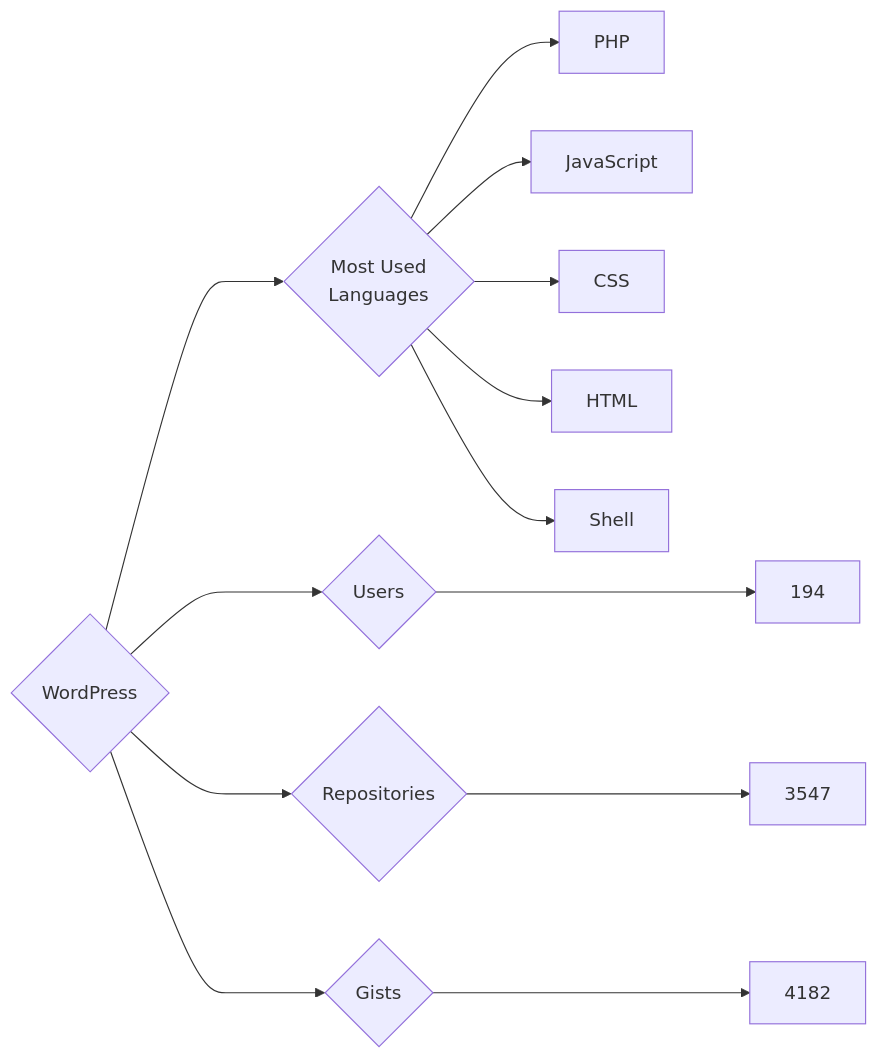
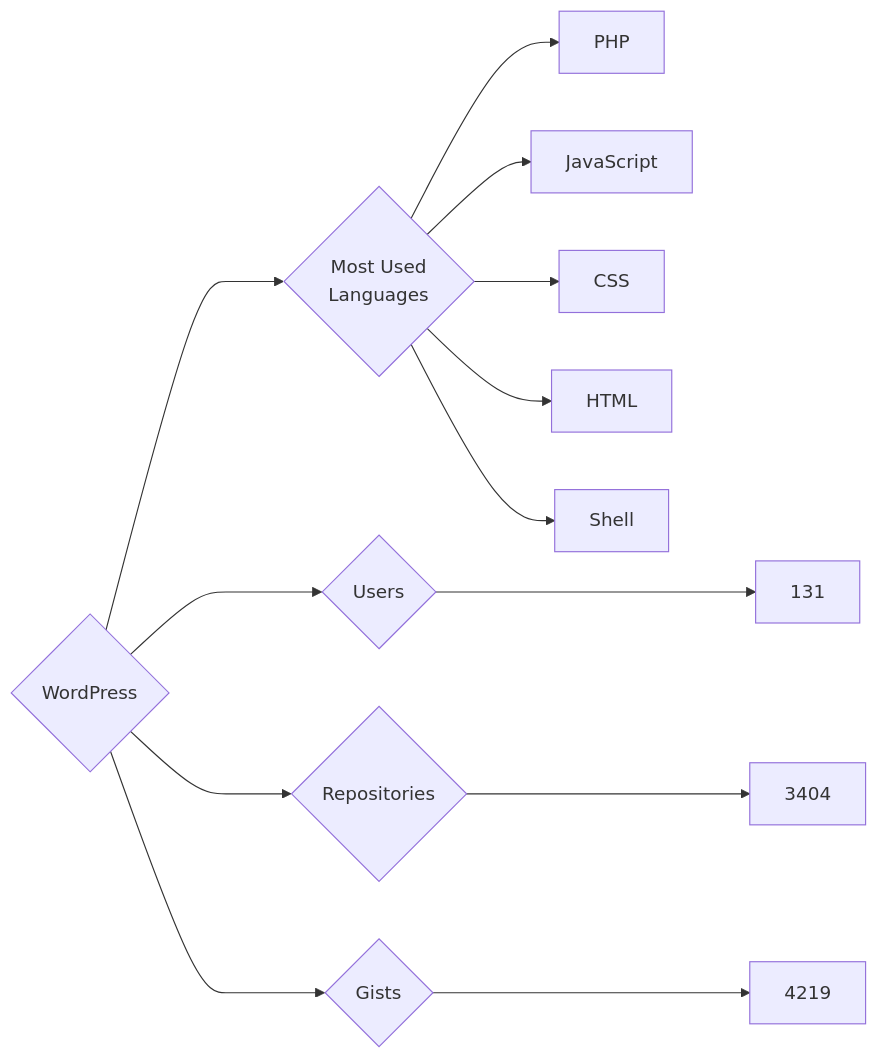
One commit to trickest/insiders changed the diagram in targets/WordPress/README.md. Above: the diagram before and after it, drawn with Mermaid. The commit also changed 972 other files, not shown here.

````diff
--- a/targets/WordPress/README.md
+++ b/targets/WordPress/README.md
@@ -3,13 +3,13 @@
 ```mermaid
 graph LR
 COMPANY_NAME{WordPress}
-COMPANY_NAME ---> U{Users} ---> UN[194]
-COMPANY_NAME ---> R{Repositories} ---> RN[3547]
-COMPANY_NAME ---> G{Gists} ---> GN[4182]
+COMPANY_NAME ---> U{Users} ---> UN[131]
+COMPANY_NAME ---> R{Repositories} ---> RN[3404]
+COMPANY_NAME ---> G{Gists} ---> GN[4219]
 COMPANY_NAME ---> ML{Most Used<br>Languages}
 ML --> PHP[PHP]
 ML --> JavaScript[JavaScript]
 ML --> CSS[CSS]
 ML --> HTML[HTML]
 ML --> Shell[Shell]
 ```
````
